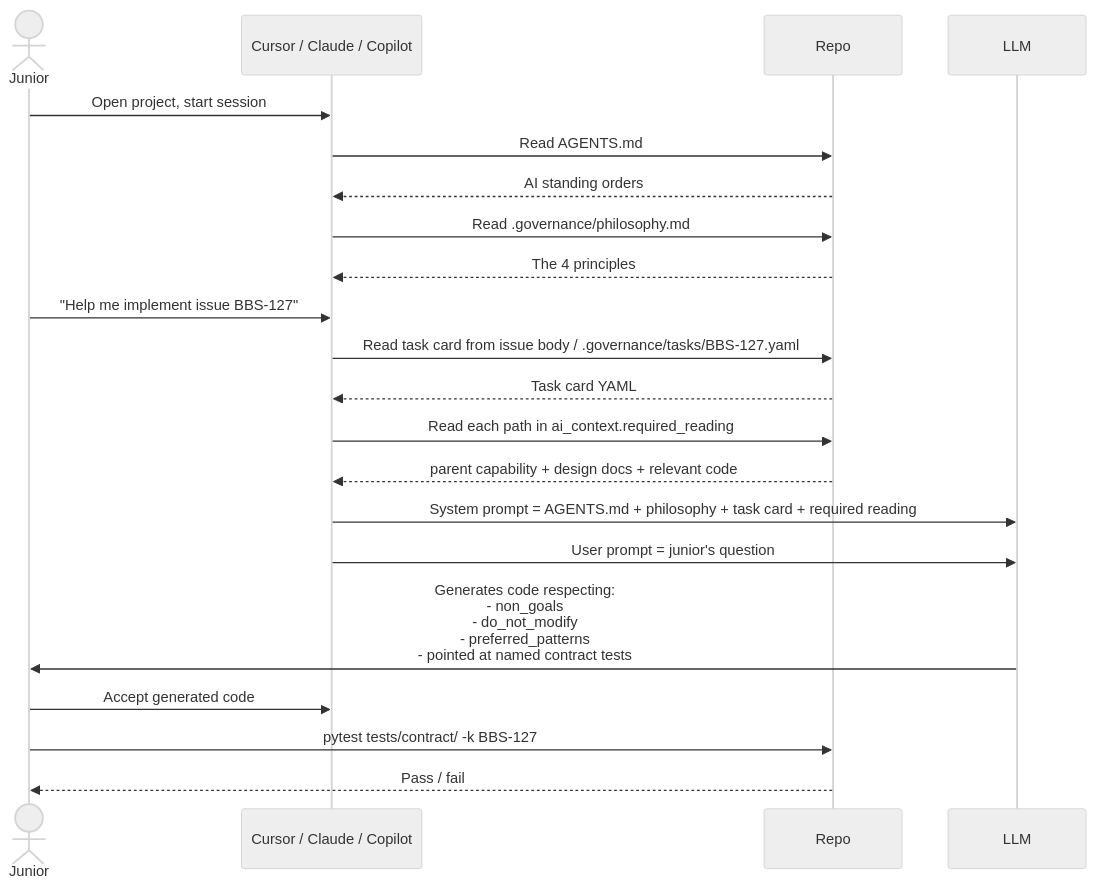
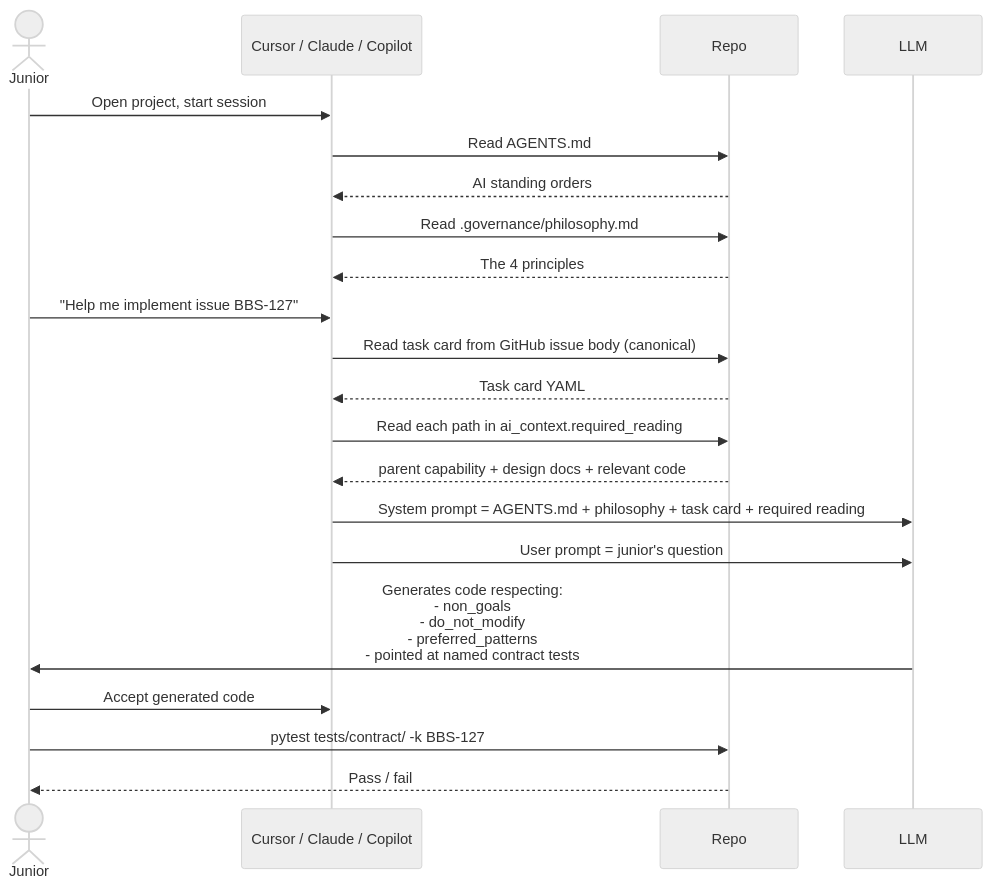
One commit to mansura-habiba/bulbasaur-skill-cli changed the fourth of 6 diagrams in .governance/diagrams.md. Above: the diagram before and after it, drawn with Mermaid (neutral theme). The commit also changed 13 other files, not shown here.

````diff
--- a/.governance/diagrams.md
+++ b/.governance/diagrams.md
@@ -94,29 +94,29 @@
 ```mermaid
 sequenceDiagram
     actor Junior
     participant Cursor as Cursor / Claude / Copilot
     participant Repo
     participant AI as LLM
 
     Junior->>Cursor: Open project, start session
     Cursor->>Repo: Read AGENTS.md
     Repo-->>Cursor: AI standing orders
     Cursor->>Repo: Read .governance/philosophy.md
     Repo-->>Cursor: The 4 principles
 
     Junior->>Cursor: "Help me implement issue BBS-127"
-    Cursor->>Repo: Read task card from issue body / .governance/tasks/BBS-127.yaml
+    Cursor->>Repo: Read task card from GitHub issue body (canonical)
     Repo-->>Cursor: Task card YAML
 
     Cursor->>Repo: Read each path in ai_context.required_reading
     Repo-->>Cursor: parent capability + design docs + relevant code
 
     Cursor->>AI: System prompt = AGENTS.md + philosophy + task card + required reading
     Cursor->>AI: User prompt = junior's question
 
     AI->>Junior: Generates code respecting:<br/>- non_goals<br/>- do_not_modify<br/>- preferred_patterns<br/>- pointed at named contract tests
 
     Junior->>Cursor: Accept generated code
     Junior->>Repo: pytest tests/contract/ -k BBS-127
     Repo-->>Junior: Pass / fail
 ```
````
